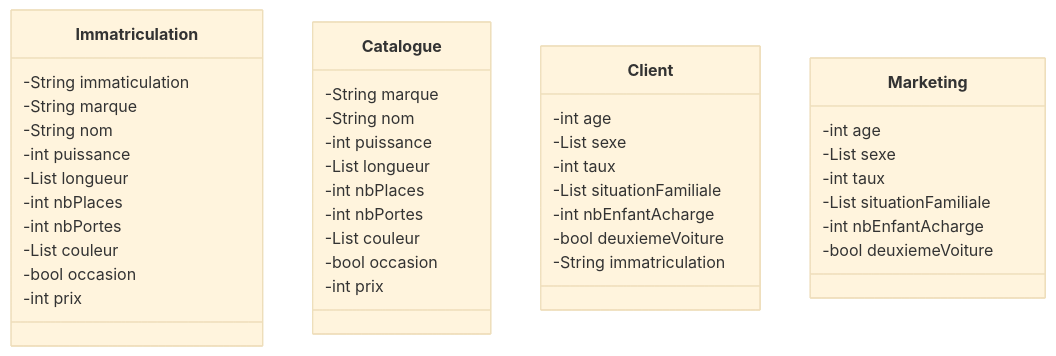
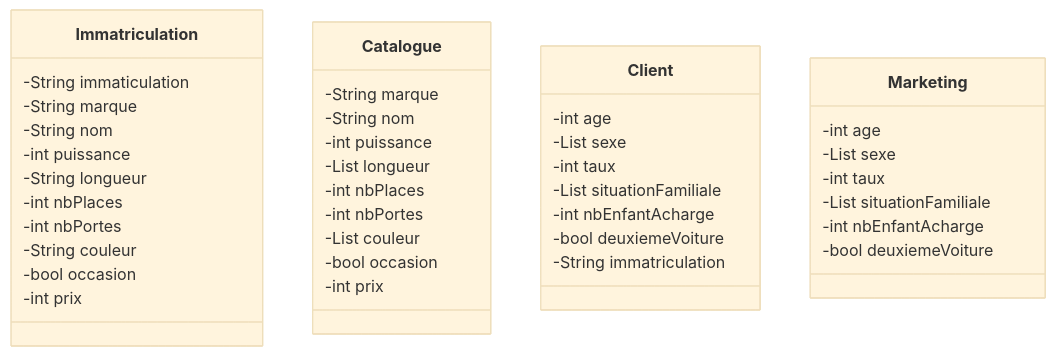
The diagram in Writerside/topics/Architecture-du-datalake.md (Thodler/docker-hadoop-spark), drawn with Mermaid (base theme) before and after one commit. The commit also changed 7 other files, not shown here.

````diff
--- a/Writerside/topics/Architecture-du-datalake.md
+++ b/Writerside/topics/Architecture-du-datalake.md
@@ -9,48 +9,48 @@
 ```mermaid
 classDiagram  
     class Immatriculation{
         -String immaticulation
         -String marque
         -String nom
         -int puissance
-        -List longueur
+        -String longueur
         -int nbPlaces
         -int nbPortes
-        -List couleur
+        -String couleur
         -bool occasion
         -int prix
     }
     
     class Catalogue{
         -String marque
         -String nom
         -int puissance
         -List longueur
         -int nbPlaces
         -int nbPortes
         -List couleur
         -bool occasion
         -int prix
     }
     
     class Client{
         -int age
         -List sexe
         -int taux
         -List situationFamiliale
         -int nbEnfantAcharge
         -bool deuxiemeVoiture
         -String immatriculation
     }
     
     class Marketing{
         -int age
         -List sexe
         -int taux
         -List situationFamiliale
         -int nbEnfantAcharge
         -bool deuxiemeVoiture
     }
     
     
 ```
````
